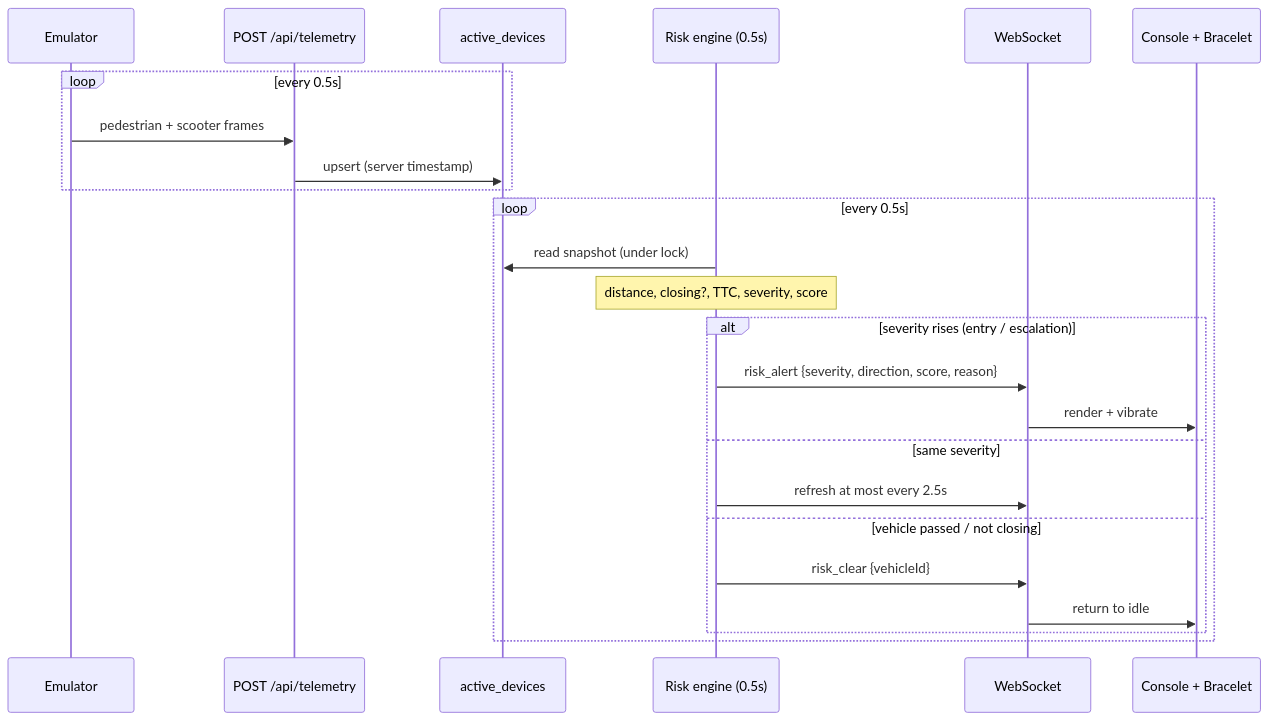
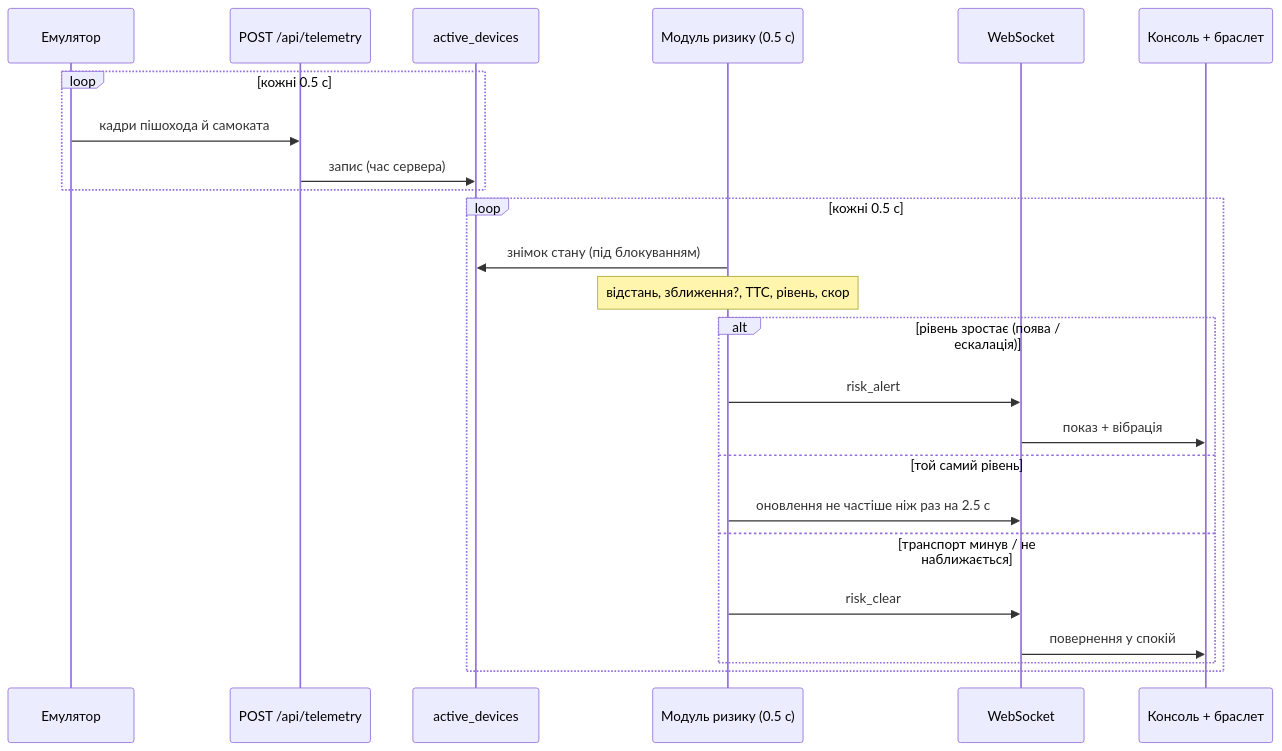
The second of 3 diagrams in docs/ARCHITECTURE.md (SonikLvl/hackathon_future_in_action_2026), drawn with Mermaid before and after one commit. The commit also changed other lines of this file and 2 other files, not shown here.

````diff
--- a/docs/ARCHITECTURE.md
+++ b/docs/ARCHITECTURE.md
@@ -162,28 +61,28 @@
 ```mermaid
 sequenceDiagram
-    participant Emu as Emulator
+    participant Emu as Емулятор
     participant API as POST /api/telemetry
     participant St as active_devices
-    participant RE as Risk engine (0.5s)
+    participant RE as Модуль ризику (0.5 с)
     participant WS as WebSocket
-    participant UI as Console + Bracelet
+    participant UI as Консоль + браслет
 
-    loop every 0.5s
-        Emu->>API: pedestrian + scooter frames
-        API->>St: upsert (server timestamp)
+    loop кожні 0.5 с
+        Emu->>API: кадри пішохода й самоката
+        API->>St: запис (час сервера)
     end
 
-    loop every 0.5s
-        RE->>St: read snapshot (under lock)
-        Note over RE: distance, closing?, TTC, severity, score
-        alt severity rises (entry / escalation)
-            RE->>WS: risk_alert {severity, direction, score, reason}
-            WS->>UI: render + vibrate
-        else same severity
-            RE->>WS: refresh at most every 2.5s
-        else vehicle passed / not closing
-            RE->>WS: risk_clear {vehicleId}
-            WS->>UI: return to idle
+    loop кожні 0.5 с
+        RE->>St: знімок стану (під блокуванням)
+        Note over RE: відстань, зближення?, TTC, рівень, скор
+        alt рівень зростає (поява / ескалація)
+            RE->>WS: risk_alert
+            WS->>UI: показ + вібрація
+        else той самий рівень
+            RE->>WS: оновлення не частіше ніж раз на 2.5 с
+        else транспорт минув / не наближається
+            RE->>WS: risk_clear
+            WS->>UI: повернення у спокій
         end
     end
 ```
````
